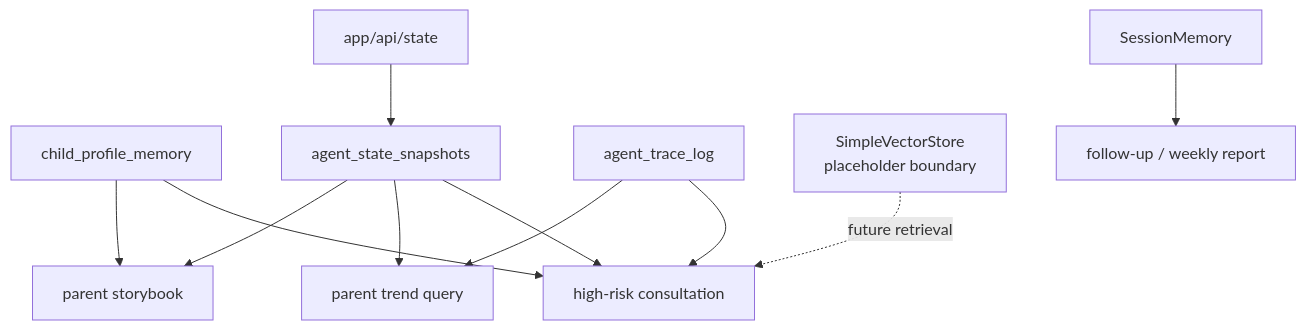
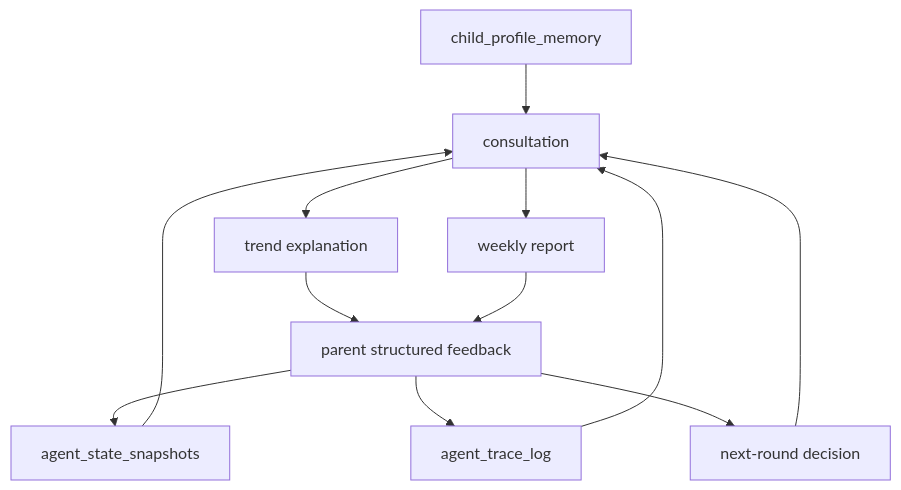
Before and after one commit to VictorMaxWang/smartchildcare-agent: the sixth of 6 diagrams in README.md, drawn with Mermaid. The commit also changed other lines of this file and 66 other files, not shown here.

````diff
--- a/README.md
+++ b/README.md
@@ -280,25 +178,23 @@
 ```mermaid
 flowchart TB
-  P1["child_profile_memory"]
-  P2["agent_state_snapshots"]
-  P3["agent_trace_log"]
-  P4["SessionMemory"]
-  P5["SimpleVectorStore<br/>placeholder boundary"]
-  P6["app/api/state"]
+  M1["child_profile_memory"]
+  M2["agent_state_snapshots"]
+  M3["agent_trace_log"]
+  M4["parent structured feedback"]
+  W["weekly report"]
+  T["trend explanation"]
+  C["consultation"]
+  N["next-round decision"]
 
-  C1["high-risk consultation"]
-  C2["parent trend query"]
-  C3["parent storybook"]
-  C4["follow-up / weekly report"]
-
-  P1 --> C1
-  P2 --> C1
-  P3 --> C1
-  P2 --> C2
-  P3 --> C2
-  P1 --> C3
-  P2 --> C3
-  P4 --> C4
-  P5 -. future retrieval .-> C1
-  P6 --> P2
+  M1 --> C
+  M2 --> C
+  M3 --> C
+  C --> W
+  C --> T
+  T --> M4
+  W --> M4
+  M4 --> M2
+  M4 --> M3
+  M4 --> N
+  N --> C
 ```
````
